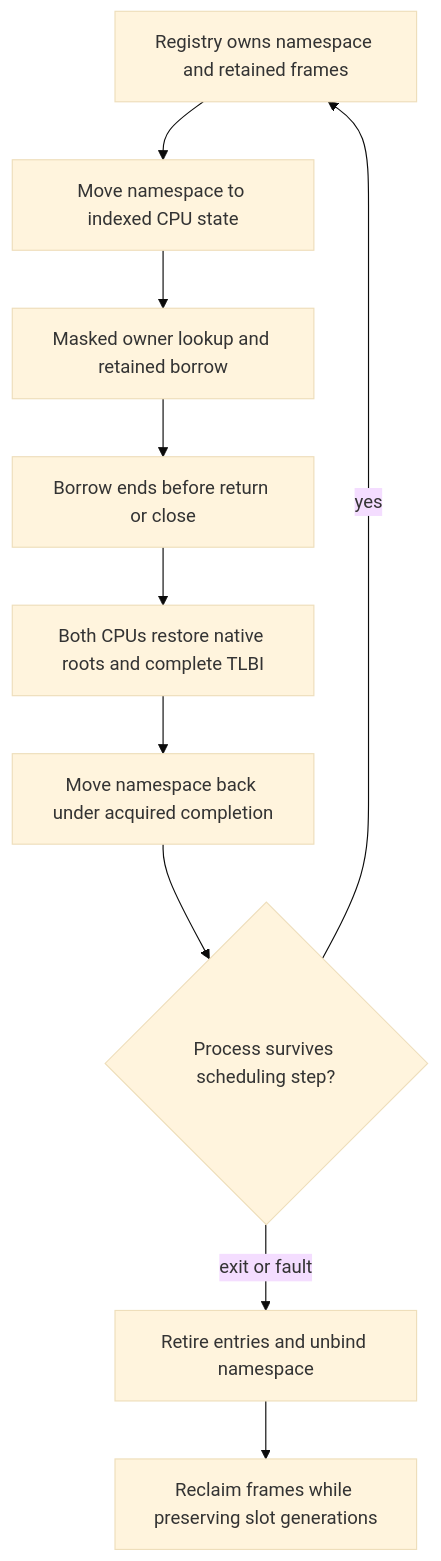
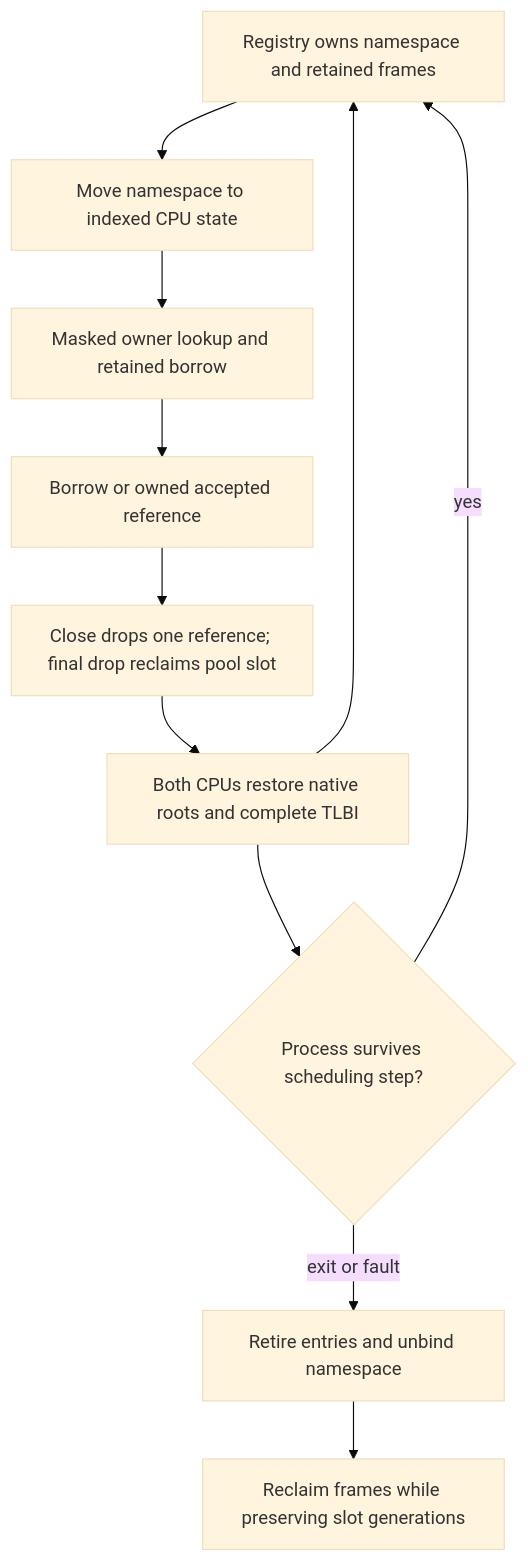
The diagram in docs/kernel/handles.md (lifeFedorovAlexey/KOLVRT), drawn with Mermaid (base theme) before and after one commit. The commit also changed other lines of this file and 22 other files, not shown here.

````diff
--- a/docs/kernel/handles.md
+++ b/docs/kernel/handles.md
@@ -29,12 +31,13 @@
 ```mermaid
 flowchart TD
     R[Registry owns namespace and retained frames] --> M[Move namespace to indexed CPU state]
     M --> L[Masked owner lookup and retained borrow]
-    L --> B[Borrow ends before return or close]
-    B --> Q[Both CPUs restore native roots and complete TLBI]
-    Q --> T[Move namespace back under acquired completion]
+    L --> B[Borrow or owned accepted reference]
+    B --> Q[Close drops one reference; final drop reclaims pool slot]
+    Q --> T[Both CPUs restore native roots and complete TLBI]
+    T --> R
     T --> S{Process survives scheduling step?}
     S -->|yes| R
     S -->|exit or fault| E[Retire entries and unbind namespace]
     E --> F[Reclaim frames while preserving slot generations]
 ```
````
